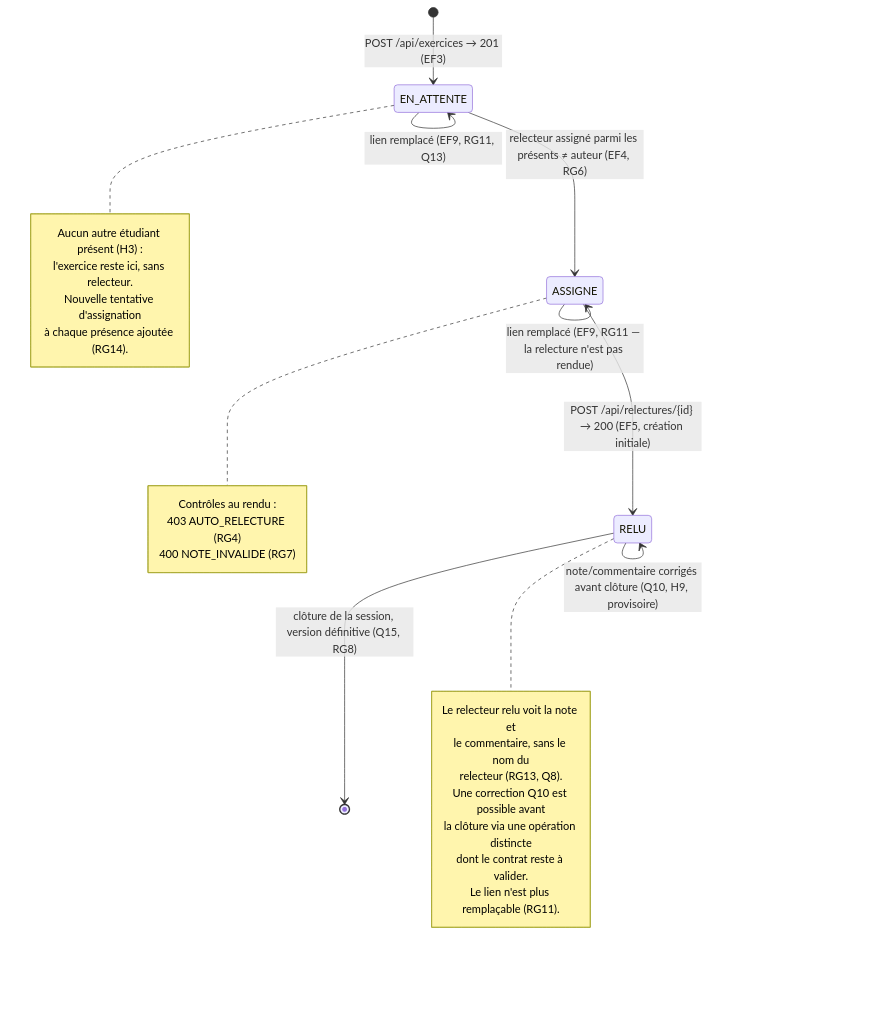
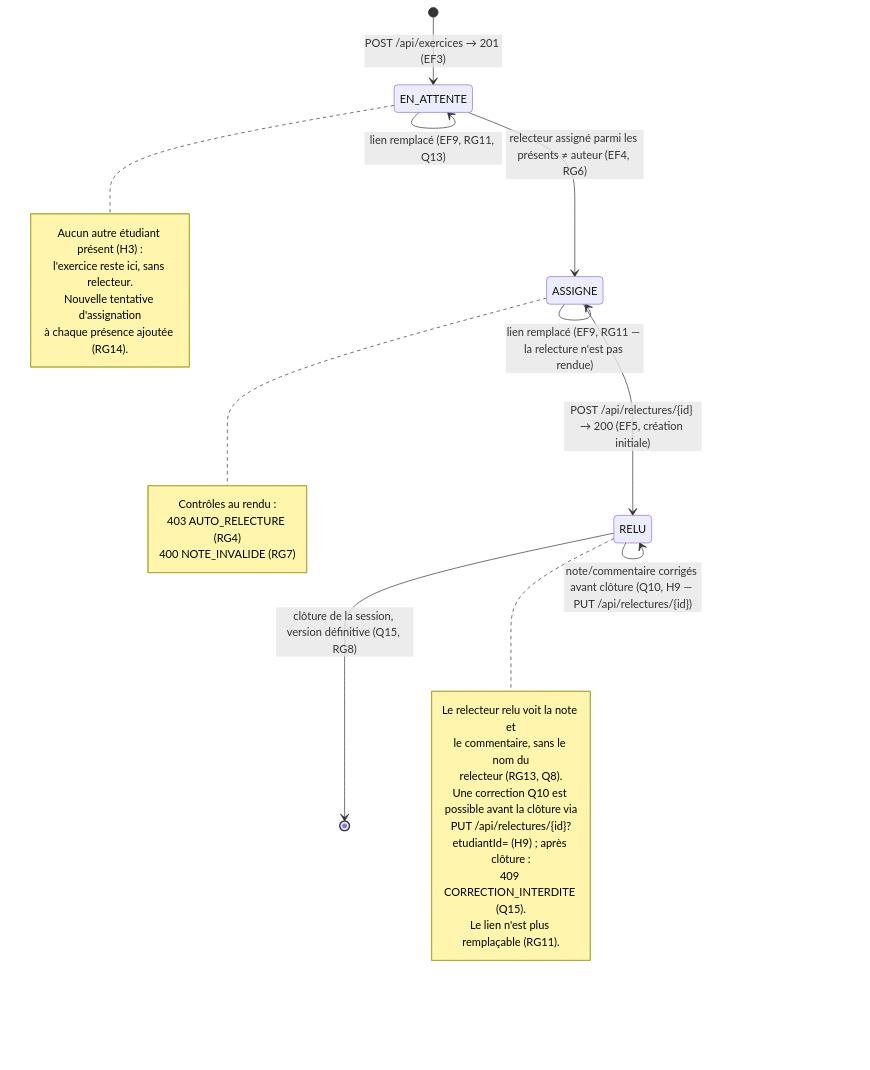
The diagram in docs/diagrammes/D4-etats-exercice.md (steph0502/kfokam48-epreuve-258), drawn with Mermaid before and after one commit. The commit also changed other lines of this file and 3 other files, not shown here.

Commit message:
docs(analyse): H9 tranche (PUT + ?etudiantId=), hypothese H10 ajoutee, D2/D4 a jour, journal etape 2

````diff
--- a/docs/diagrammes/D4-etats-exercice.md
+++ b/docs/diagrammes/D4-etats-exercice.md
@@ -5,36 +5,36 @@
 ```mermaid
 stateDiagram-v2
     [*] --> EN_ATTENTE : POST /api/exercices → 201 (EF3)
 
     EN_ATTENTE --> EN_ATTENTE : lien remplacé (EF9, RG11, Q13)
     EN_ATTENTE --> ASSIGNE : relecteur assigné parmi les présents ≠ auteur (EF4, RG6)
 
     note right of EN_ATTENTE
         Aucun autre étudiant présent (H3) :
         l'exercice reste ici, sans relecteur.
         Nouvelle tentative d'assignation
         à chaque présence ajoutée (RG14).
     end note
 
     ASSIGNE --> ASSIGNE : lien remplacé (EF9, RG11 — la relecture n'est pas rendue)
     ASSIGNE --> RELU : POST /api/relectures/{id} → 200 (EF5, création initiale)
 
     note right of ASSIGNE
         Contrôles au rendu :
         403 AUTO_RELECTURE (RG4)
         400 NOTE_INVALIDE (RG7)
     end note
 
-    RELU --> RELU : note/commentaire corrigés avant clôture (Q10, H9, provisoire)
+    RELU --> RELU : note/commentaire corrigés avant clôture (Q10, H9 — PUT /api/relectures/{id})
     RELU --> [*] : clôture de la session, version définitive (Q15, RG8)
 
     note right of RELU
         Le relecteur relu voit la note et
         le commentaire, sans le nom du
         relecteur (RG13, Q8).
-        Une correction Q10 est possible avant
-        la clôture via une opération distincte
-        dont le contrat reste à valider.
+        Une correction Q10 est possible avant la clôture via
+        PUT /api/relectures/{id}?etudiantId= (H9) ; après clôture :
+        409 CORRECTION_INTERDITE (Q15).
         Le lien n'est plus remplaçable (RG11).
     end note
 ```
````
